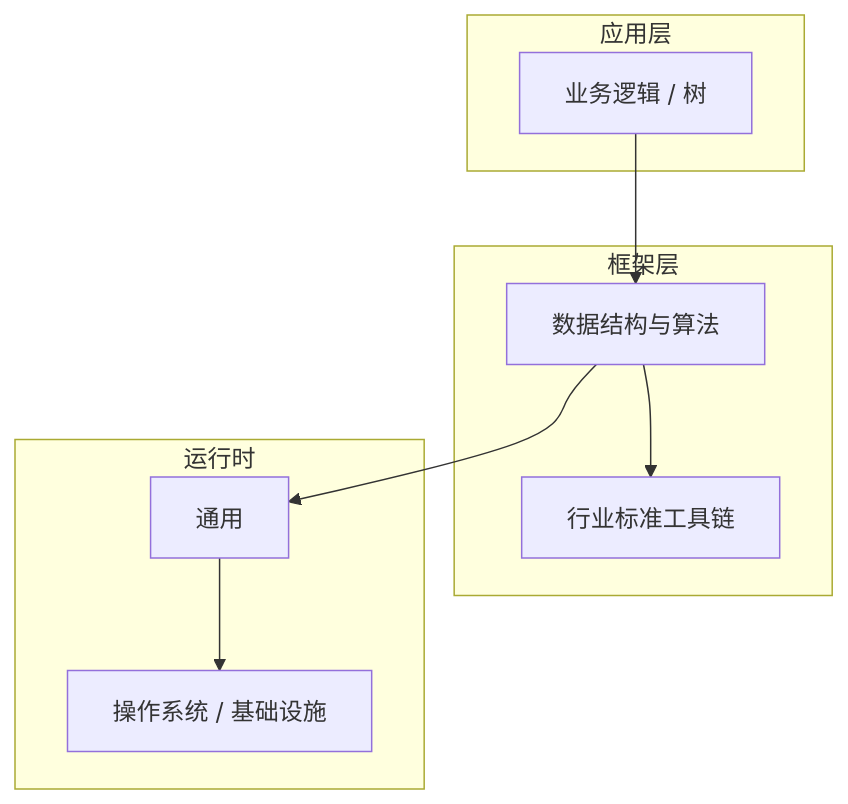
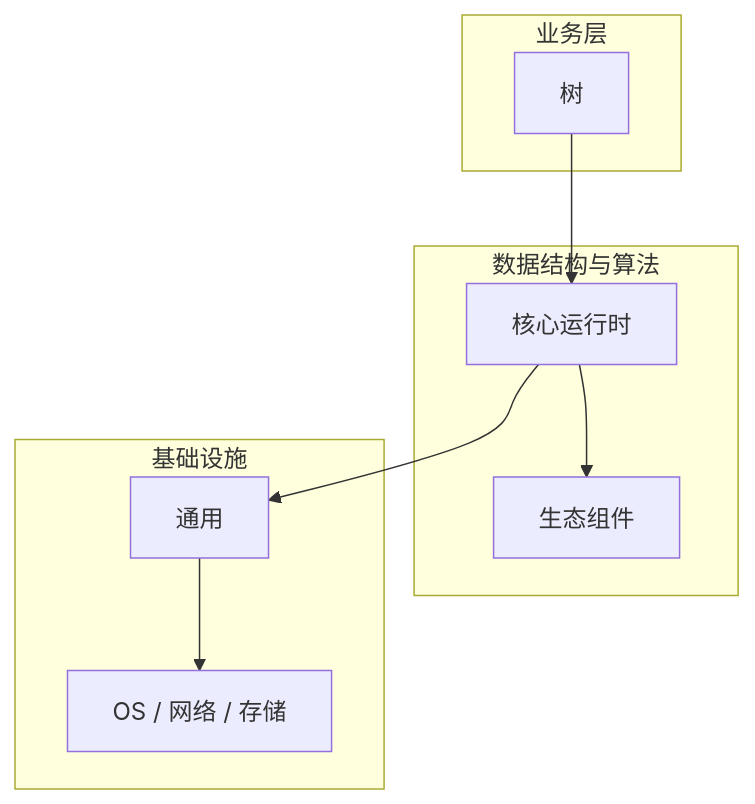
Before and after one commit to yanggan2015/knowledge-json-v2: the diagram in articles/数据结构与算法/chapters/064-树核心概念与原理.md, drawn with Mermaid. The commit also changed other lines of this file and 10127 other files, not shown here.

````diff
--- a/articles/数据结构与算法/chapters/064-树核心概念与原理.md
+++ b/articles/数据结构与算法/chapters/064-树核心概念与原理.md
@@ -45,18 +30,18 @@
 ```mermaid
 graph TB
-    subgraph 应用层
-        A[业务逻辑 / 树]
+    subgraph 业务层
+        A[树]
     end
-    subgraph 框架层
-        B[数据结构与算法]
-        C[行业标准工具链]
+    subgraph 数据结构与算法
+        B[核心运行时]
+        C[生态组件]
     end
-    subgraph 运行时
+    subgraph 基础设施
         D[通用]
-        E[操作系统 / 基础设施]
+        E[OS / 网络 / 存储]
     end
     A --> B
     B --> C
     B --> D
     D --> E
 ```
````
